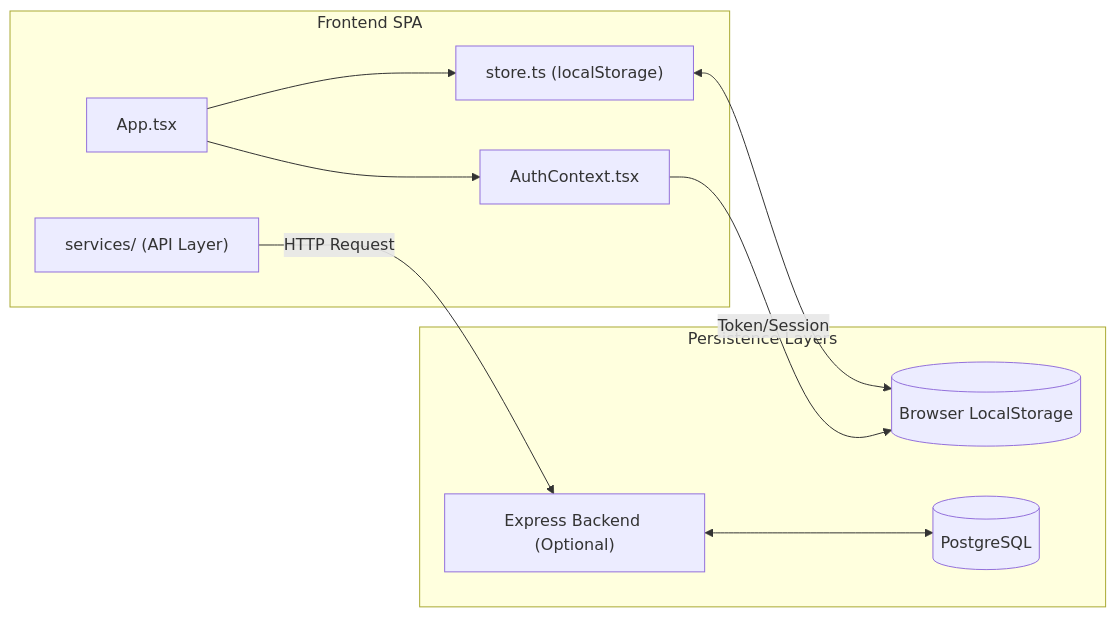
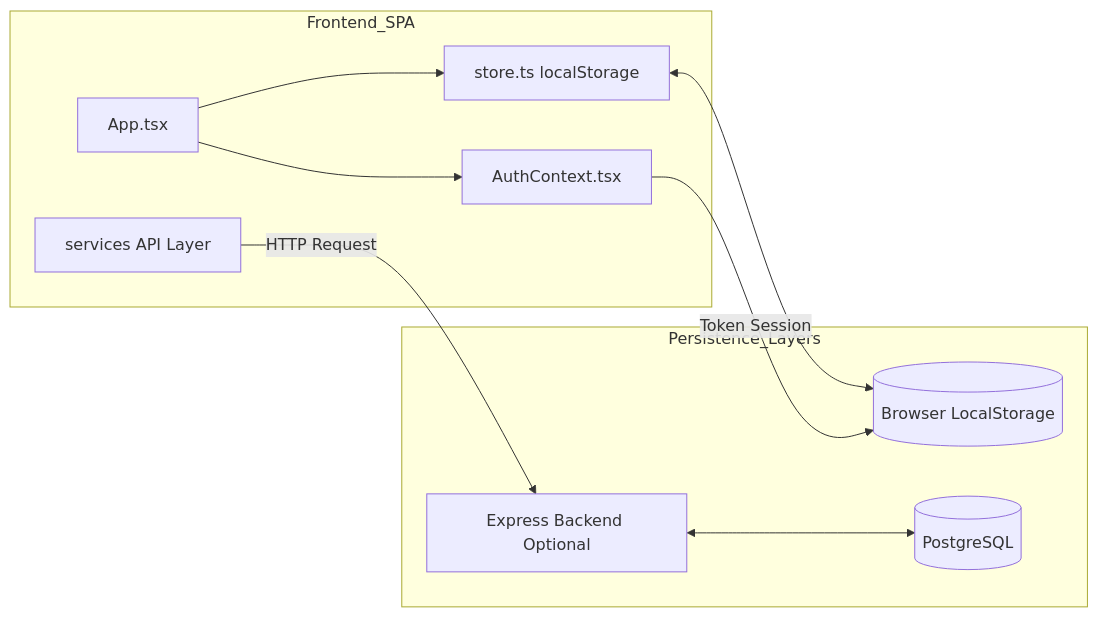
Before and after one commit to Delta-Polder-Indonesia/siakad-sekolah: the sixth of 24 diagrams in README.md, drawn with Mermaid. The commit also changed other lines of this file and 13 other files, not shown here.

````diff
--- a/README.md
+++ b/README.md
@@ -496,22 +496,22 @@
 ```mermaid
 graph LR
-    subgraph "Frontend SPA"
+    subgraph Frontend_SPA
         App["App.tsx"]
-        Store["store.ts (localStorage)"]
+        Store["store.ts localStorage"]
         Auth["AuthContext.tsx"]
-        API["services/ (API Layer)"]
+        API["services API Layer"]
     end
 
-    subgraph "Persistence Layers"
+    subgraph Persistence_Layers
         LS[("Browser LocalStorage")]
-        BE["Express Backend (Optional)"]
+        BE["Express Backend Optional"]
         DB[("PostgreSQL")]
     end
 
     App --> Store
     Store <--> LS
     App --> Auth
-    Auth -- "Token/Session" --> LS
-    API -- "HTTP Request" --> BE
+    Auth -- Token Session --> LS
+    API -- HTTP Request --> BE
     BE <--> DB
 ```
````
